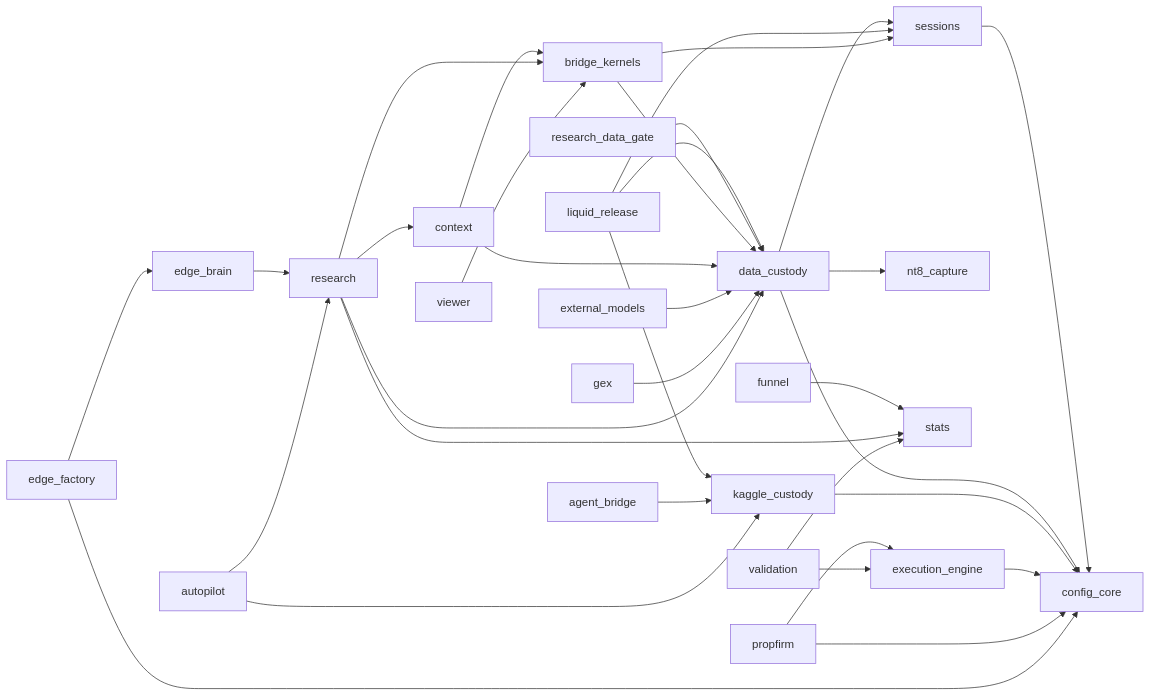
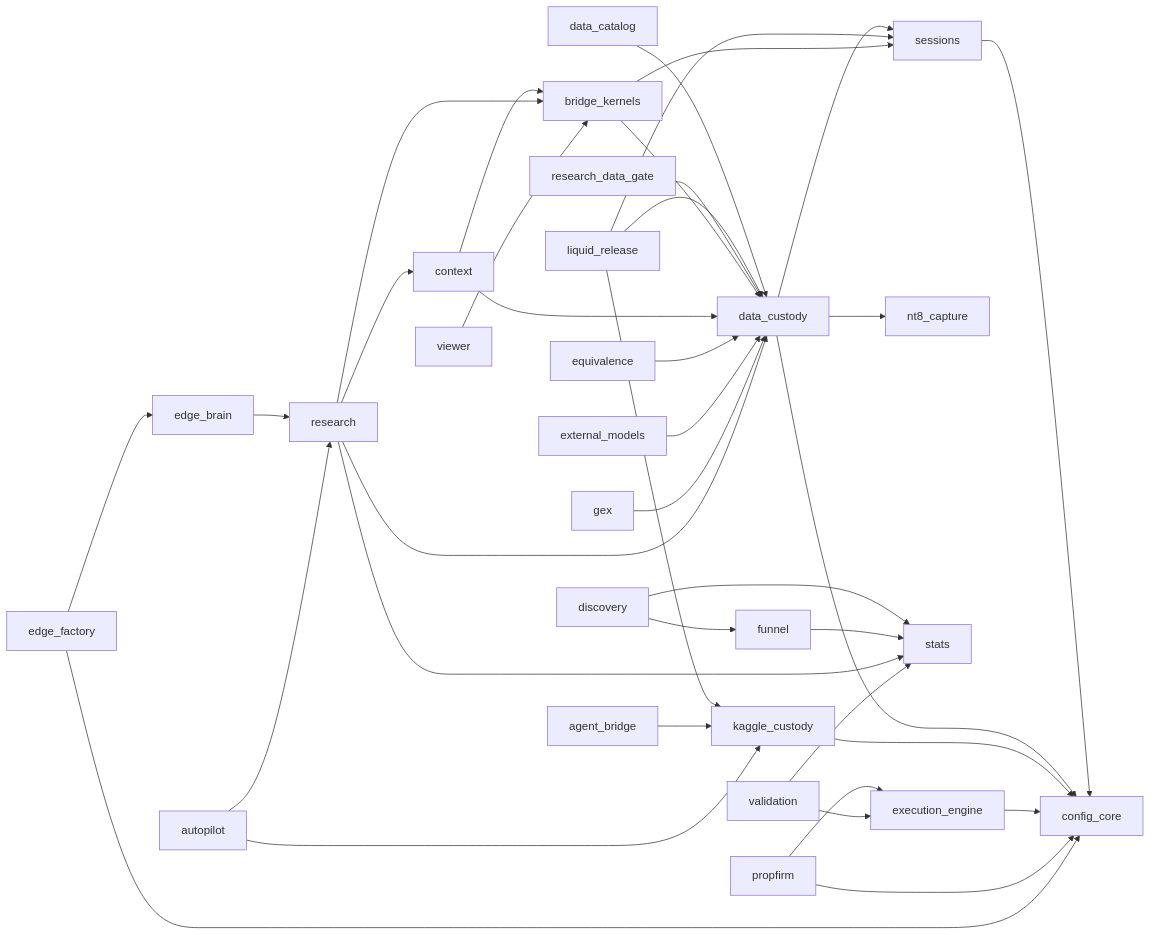
One commit to Nicodelcampo/EdgeLab changed the diagram in docs/MODULES.md. Above: the diagram before and after it, drawn with Mermaid. The commit also changed other lines of this file and 10 other files, not shown here.

First line of the commit message:
ci: módulos discovery/catalog/equivalence registrados, encabezados Estado e índice, triaje ULP de EmaStableTrend y violeta, versión en el meta de los .cs, CURRENT al 2026-10-19

````diff
--- a/docs/MODULES.md
+++ b/docs/MODULES.md
@@ -48,35 +51,39 @@
 ```mermaid
 graph LR
   sessions --> config_core
+  data_catalog --> data_custody
   data_custody --> config_core
   data_custody --> sessions
   data_custody --> nt8_capture
   kaggle_custody --> config_core
   liquid_release --> data_custody
   liquid_release --> sessions
   liquid_release --> kaggle_custody
   research_data_gate --> data_custody
   bridge_kernels --> data_custody
   bridge_kernels --> sessions
   context --> bridge_kernels
   context --> data_custody
+  discovery --> stats
+  discovery --> funnel
+  equivalence --> data_custody
   external_models --> data_custody
   funnel --> stats
   gex --> data_custody
   research --> data_custody
   research --> bridge_kernels
   research --> stats
   research --> context
   execution_engine --> config_core
   propfirm --> config_core
   propfirm --> execution_engine
   validation --> execution_engine
   validation --> stats
   edge_brain --> research
   edge_factory --> edge_brain
   edge_factory --> config_core
   agent_bridge --> kaggle_custody
   autopilot --> kaggle_custody
   autopilot --> research
   viewer --> bridge_kernels
 ```
````
